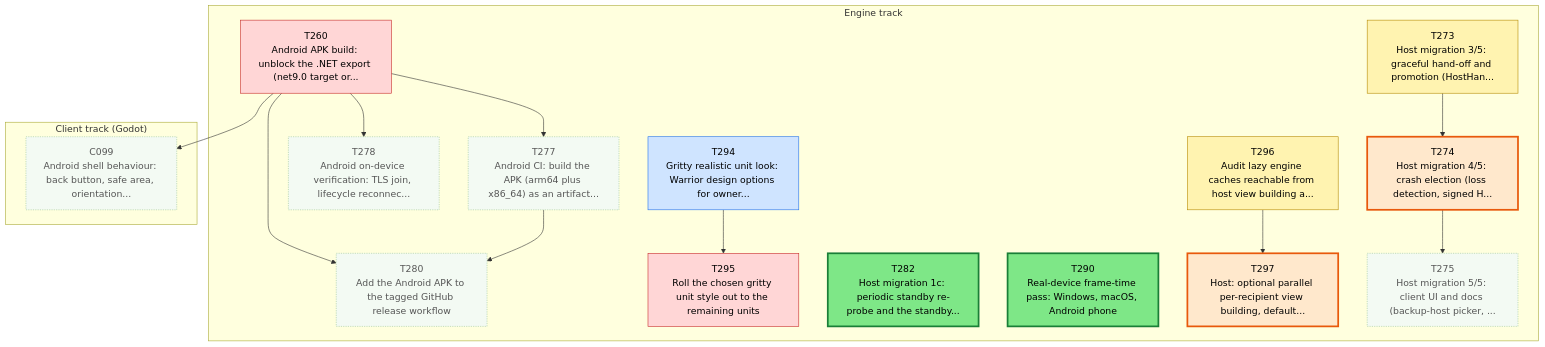
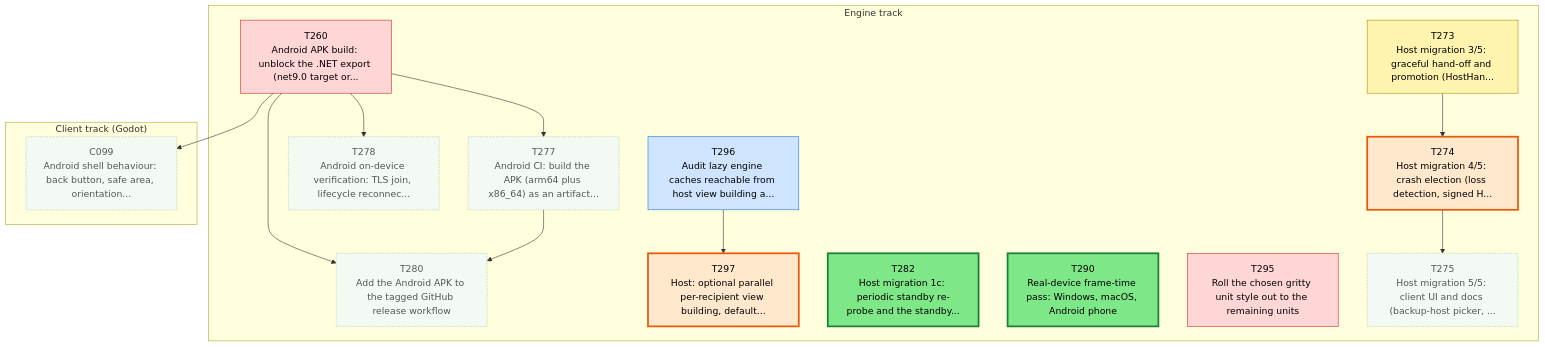
The first of 3 diagrams in csharp/migration/DEPENDENCY_MAP.md (Kenmura/Unciv), drawn with Mermaid before and after one commit. The commit also changed other lines of this file and 1 other file, not shown here.

````diff
--- a/csharp/migration/DEPENDENCY_MAP.md
+++ b/csharp/migration/DEPENDENCY_MAP.md
@@ -35,51 +35,48 @@
 ```mermaid
 flowchart TD
   subgraph TTRACK["Engine track"]
     T260["T260<br/>Android APK build: unblock the .NET export (net9.0 target or..."]
     T273["T273<br/>Host migration 3/5: graceful hand-off and promotion (HostHan..."]
     T274["T274<br/>Host migration 4/5: crash election (loss detection, signed H..."]
     T275["T275<br/>Host migration 5/5: client UI and docs (backup-host picker, ..."]
     T277["T277<br/>Android CI: build the APK (arm64 plus x86_64) as an artifact..."]
     T278["T278<br/>Android on-device verification: TLS join, lifecycle reconnec..."]
     T280["T280<br/>Add the Android APK to the tagged GitHub release workflow"]
     T282["T282<br/>Host migration 1c: periodic standby re-probe and the standby..."]
     T290["T290<br/>Real-device frame-time pass: Windows, macOS, Android phone"]
-    T294["T294<br/>Gritty realistic unit look: Warrior design options for owner..."]
     T295["T295<br/>Roll the chosen gritty unit style out to the remaining units"]
     T296["T296<br/>Audit lazy engine caches reachable from host view building a..."]
     T297["T297<br/>Host: optional parallel per-recipient view building, default..."]
   end
   subgraph CTRACK["Client track (Godot)"]
     C099["C099<br/>Android shell behaviour: back button, safe area, orientation..."]
   end
   T273 --> T274
   T274 --> T275
   T260 --> T277
   T260 --> T278
   T260 --> T280
   T277 --> T280
-  T294 --> T295
   T296 --> T297
   T260 --> C099
   classDef waiting fill:#f3faf3,stroke:#9bc49b,color:#555,stroke-dasharray:2 2
   classDef ondeck fill:#ffe8cc,stroke:#e8590c,stroke-width:3px,color:#000
   classDef ready fill:#7ee787,stroke:#1a7f37,stroke-width:3px,color:#000
   classDef prog fill:#fff3b0,stroke:#b58900,color:#000
   classDef review fill:#cfe4ff,stroke:#1f6feb,color:#000
   classDef blocked fill:#ffd6d6,stroke:#c62828,color:#000
   classDef done fill:#eeeeee,stroke:#999999,color:#666,stroke-dasharray:4 3
   class C099 waiting
   class T260 blocked
   class T273 prog
   class T274 ondeck
   class T275 waiting
   class T277 waiting
   class T278 waiting
   class T280 waiting
   class T282 ready
   class T290 ready
-  class T294 review
   class T295 blocked
-  class T296 prog
+  class T296 review
   class T297 ondeck
 ```
````
